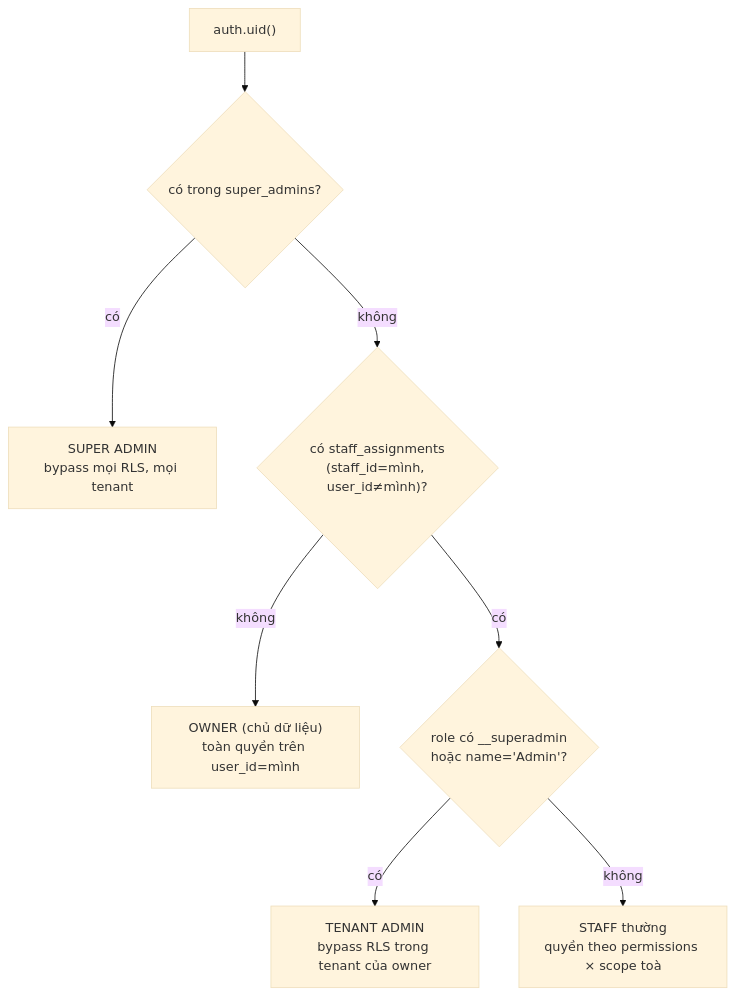
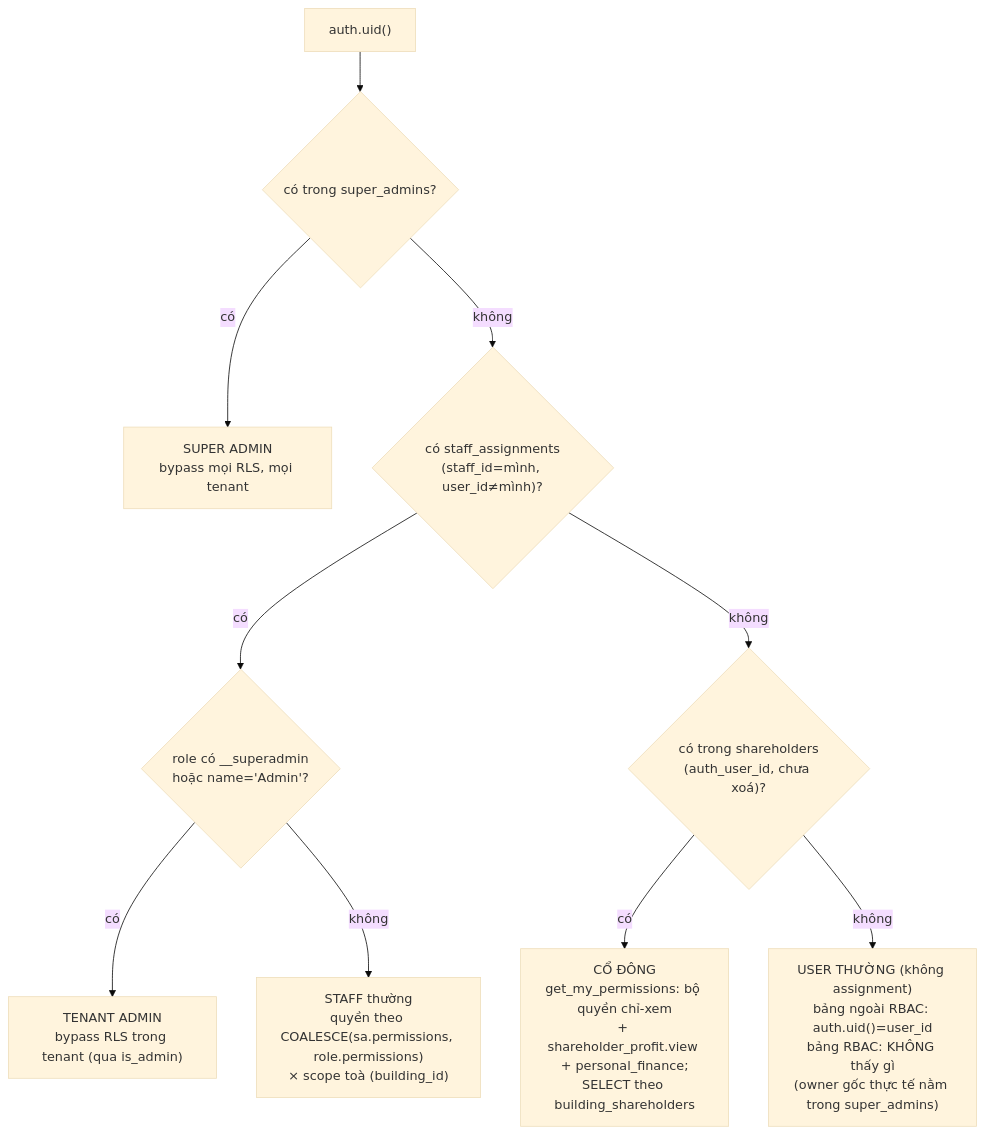
One commit to zxGreenxz/whiteboard-ihomecrm changed the second of 4 diagrams in docs/he-thong/01-phan-quyen-nhan-su.md. Above: the diagram before and after it, drawn with Mermaid (base theme). The commit also changed other lines of this file and 17 other files, not shown here.

````diff
--- a/docs/he-thong/01-phan-quyen-nhan-su.md
+++ b/docs/he-thong/01-phan-quyen-nhan-su.md
@@ -198,10 +227,12 @@
 ```mermaid
 flowchart TD
     A["auth.uid()"] --> B{"có trong super_admins?"}
     B -- "có" --> S["SUPER ADMIN<br/>bypass mọi RLS, mọi tenant"]
     B -- "không" --> C{"có staff_assignments<br/>(staff_id=mình, user_id≠mình)?"}
-    C -- "không" --> O["OWNER (chủ dữ liệu)<br/>toàn quyền trên user_id=mình"]
     C -- "có" --> D{"role có __superadmin<br/>hoặc name='Admin'?"}
-    D -- "có" --> AD["TENANT ADMIN<br/>bypass RLS trong tenant của owner"]
-    D -- "không" --> ST["STAFF thường<br/>quyền theo permissions × scope toà"]
+    D -- "có" --> AD["TENANT ADMIN<br/>bypass RLS trong tenant (qua is_admin)"]
+    D -- "không" --> ST["STAFF thường<br/>quyền theo COALESCE(sa.permissions, role.permissions)<br/>× scope toà (building_id)"]
+    C -- "không" --> E{"có trong shareholders<br/>(auth_user_id, chưa xoá)?"}
+    E -- "có" --> SH["CỔ ĐÔNG<br/>get_my_permissions: bộ quyền chỉ-xem<br/>+ shareholder_profit.view + personal_finance;<br/>SELECT theo building_shareholders"]
+    E -- "không" --> O["USER THƯỜNG (không assignment)<br/>bảng ngoài RBAC: auth.uid()=user_id<br/>bảng RBAC: KHÔNG thấy gì<br/>(owner gốc thực tế nằm trong super_admins)"]
 ```
````
